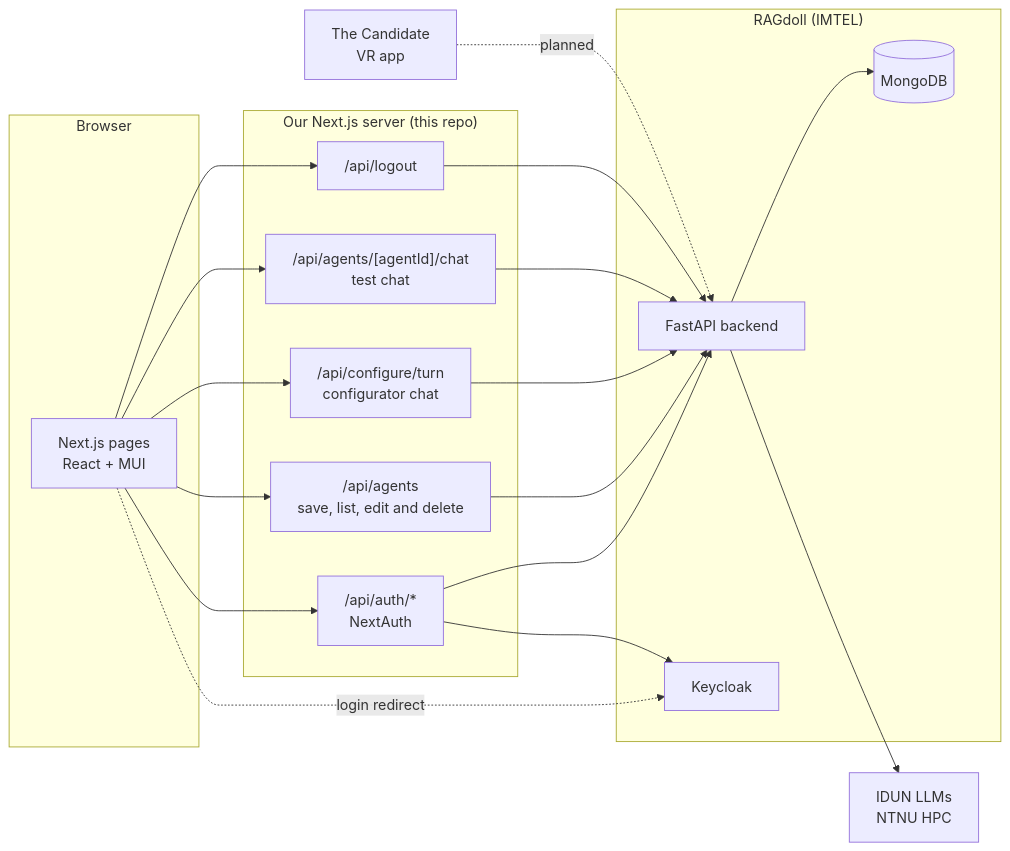
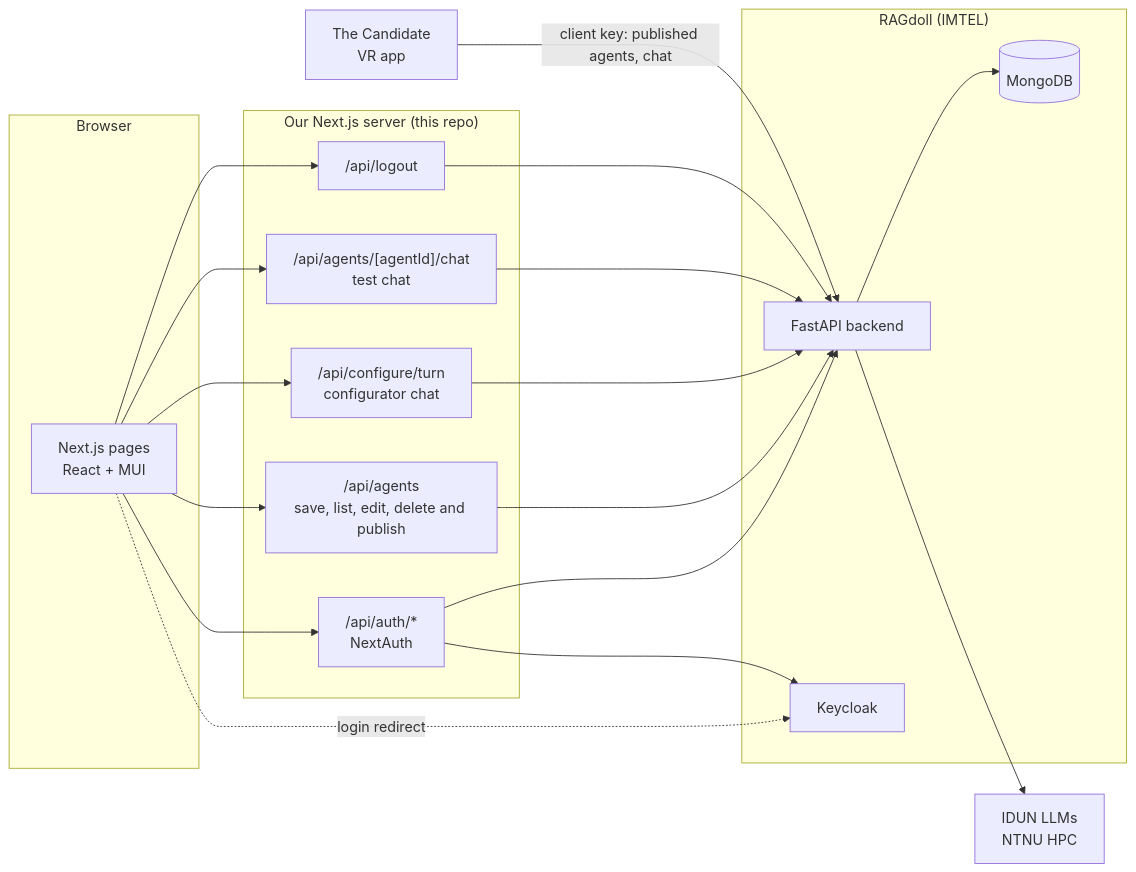
One commit to IMTEL/team-tdt4290-fall-2026 changed the first of 9 diagrams in docs/architecture.md. Above: the diagram before and after it, drawn with Mermaid. The commit also changed other lines of this file and 1 other file, not shown here.

````diff
--- a/docs/architecture.md
+++ b/docs/architecture.md
@@ -29,35 +30,35 @@
 ```mermaid
 flowchart LR
     subgraph Browser
         UI[Next.js pages<br/>React + MUI]
     end
 
     subgraph Frontend["Our Next.js server (this repo)"]
-        Agents["/api/agents<br/>save, list, edit and delete"]
+        Agents["/api/agents<br/>save, list, edit, delete and publish"]
         Turn["/api/configure/turn<br/>configurator chat"]
         Chat["/api/agents/[agentId]/chat<br/>test chat"]
         Auth["/api/auth/*<br/>NextAuth"]
         Logout["/api/logout"]
     end
 
     subgraph RAGdoll["RAGdoll (IMTEL)"]
         API[FastAPI backend]
         KC[Keycloak]
         DB[(MongoDB)]
     end
 
     IDUN[IDUN LLMs<br/>NTNU HPC]
     TC[The Candidate<br/>VR app]
 
     UI --> Agents & Turn & Chat & Auth & Logout
     UI -. login redirect .-> KC
     Auth --> KC
     Auth --> API
     Agents --> API
     Turn --> API
     Chat --> API
     Logout --> API
     API --> DB
     API --> IDUN
-    TC -. planned .-> API
+    TC -- "client key: published agents, chat" --> API
 ```
````
